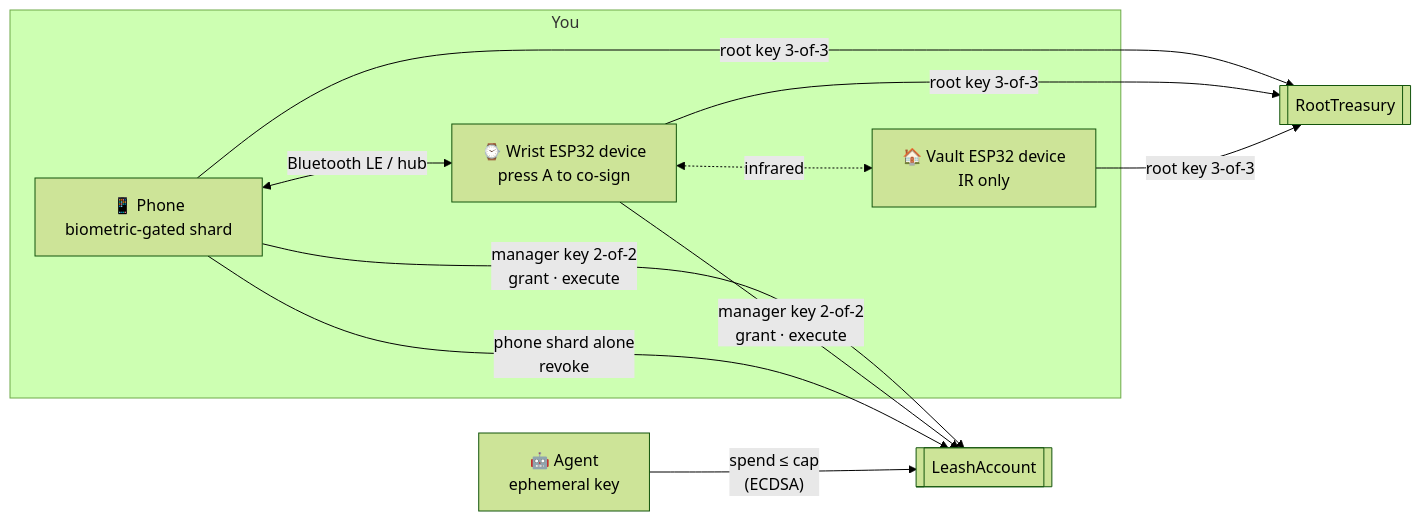
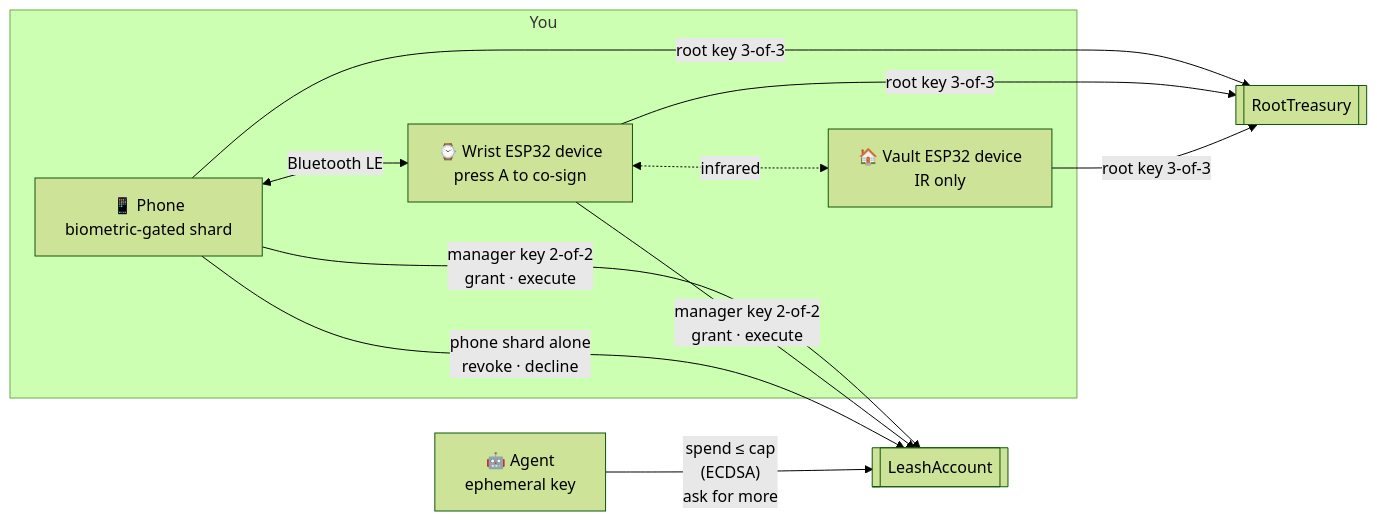
One commit to team-somehow/kagi-wallet changed the diagram in README.md. Above: the diagram before and after it, drawn with Mermaid (forest theme). The commit also changed other lines of this file and 62 other files, not shown here.

````diff
--- a/README.md
+++ b/README.md
@@ -28,20 +28,20 @@
 ```mermaid
 flowchart LR
     subgraph You
         P["📱 Phone<br/>biometric-gated shard"]
         W["⌚ Wrist ESP32 device<br/>press A to co-sign"]
         V["🏠 Vault ESP32 device<br/>IR only"]
     end
     A["🤖 Agent<br/>ephemeral key"]
 
-    P <-- "Bluetooth LE / hub" --> W
+    P <-- "Bluetooth LE" --> W
     W <-. "infrared" .-> V
 
-    A -- "spend ≤ cap<br/>(ECDSA)" --> LA
+    A -- "spend ≤ cap<br/>(ECDSA)<br/>ask for more" --> LA
     P & W -- "manager key 2-of-2<br/>grant · execute" --> LA
-    P -- "phone shard alone<br/>revoke" --> LA
+    P -- "phone shard alone<br/>revoke · decline" --> LA
     P & W & V -- "root key 3-of-3" --> RT
 
     LA[["LeashAccount"]]
     RT[["RootTreasury"]]
 ```
````
